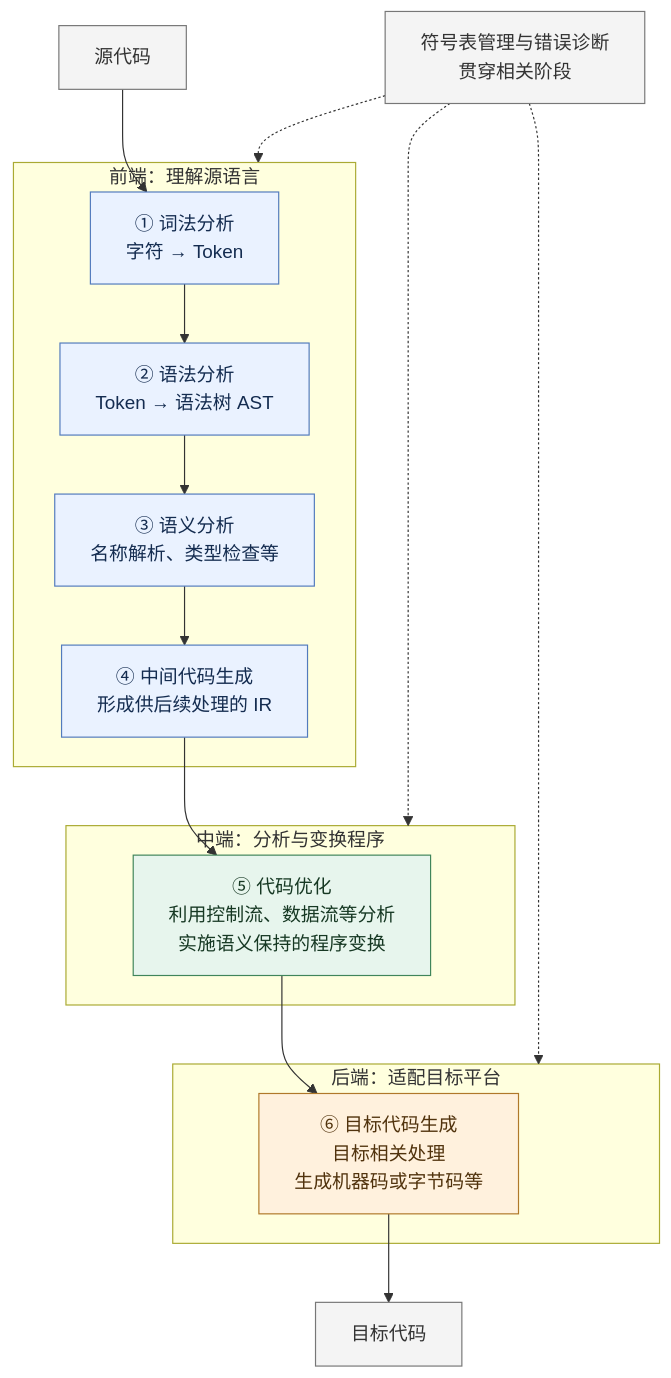
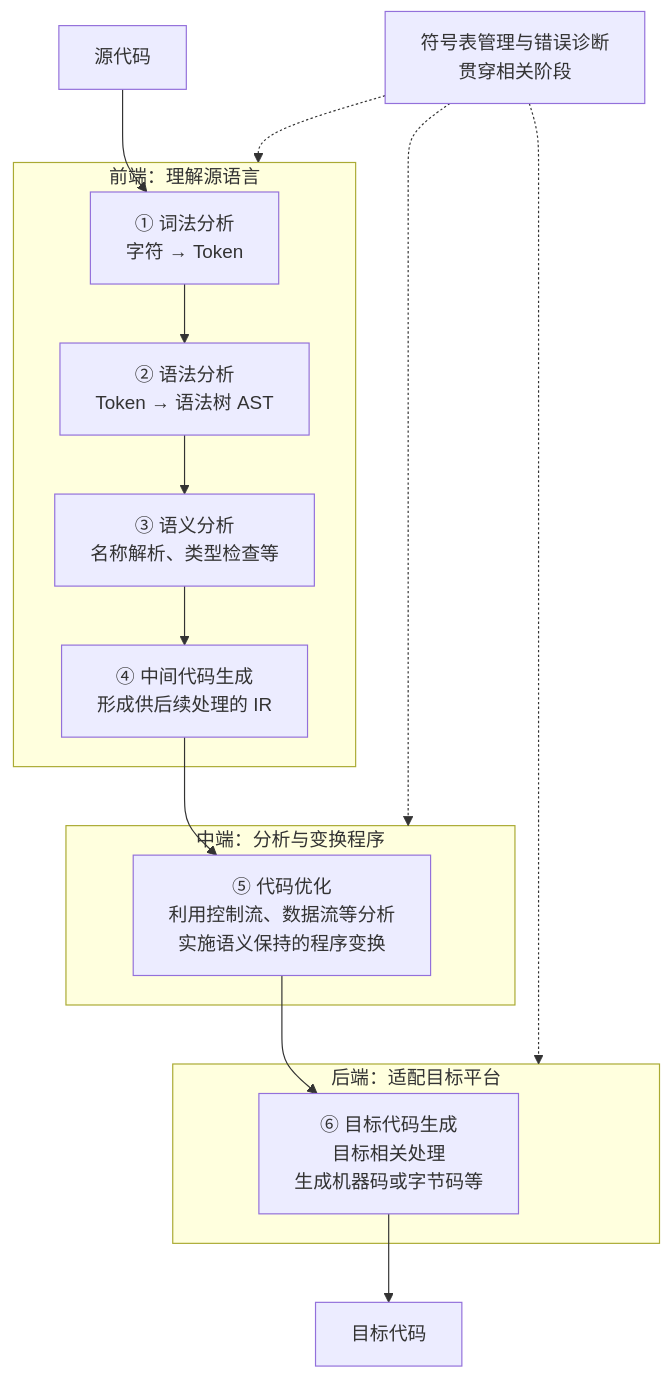
The diagram in src/static-analysis/assets/02-01-compiler-stages.mmd (Scrates1/Scrates1.github.io), drawn with Mermaid before and after one commit. The commit also changed 70 other files, not shown here.

First line of the commit message:
静态分析系列的图改为暖调蓝图风格，并提供日夜两版。

```diff
--- a/src/static-analysis/assets/02-01-compiler-stages.mmd
+++ b/src/static-analysis/assets/02-01-compiler-stages.mmd
@@ -1,29 +1,25 @@
 flowchart TB
     SRC["源代码"]
     subgraph FRONT["前端：理解源语言"]
         A["① 词法分析<br/>字符 → Token"]
         B["② 语法分析<br/>Token → 语法树 AST"]
         C["③ 语义分析<br/>名称解析、类型检查等"]
         D["④ 中间代码生成<br/>形成供后续处理的 IR"]
         A --> B --> C --> D
     end
     subgraph MID["中端：分析与变换程序"]
         E["⑤ 代码优化<br/>利用控制流、数据流等分析<br/>实施语义保持的程序变换"]
     end
     subgraph BACK["后端：适配目标平台"]
         F["⑥ 目标代码生成<br/>目标相关处理<br/>生成机器码或字节码等"]
     end
     SRC --> A
     D --> E --> F --> OUT["目标代码"]
     NOTE["符号表管理与错误诊断<br/>贯穿相关阶段"]
     NOTE -.-> FRONT
     NOTE -.-> MID
     NOTE -.-> BACK
-    classDef front fill:#eaf2ff,stroke:#527bbd,color:#142c50;
-    classDef mid fill:#e7f5ed,stroke:#40855b,color:#163823;
-    classDef back fill:#fff1dd,stroke:#b07829,color:#51330d;
-    classDef note fill:#f4f4f4,stroke:#777,color:#333;
     class A,B,C,D front;
     class E mid;
     class F back;
     class SRC,OUT,NOTE note;
```
